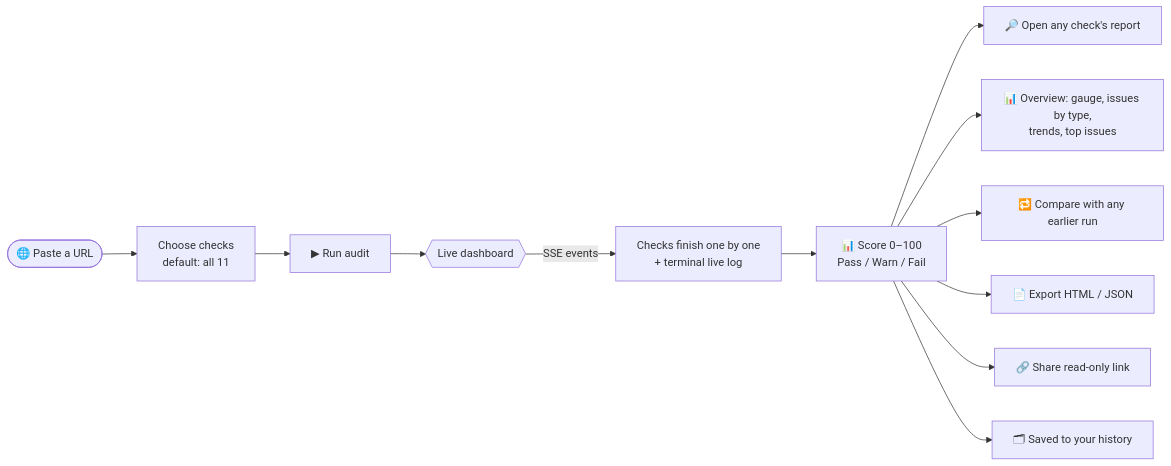
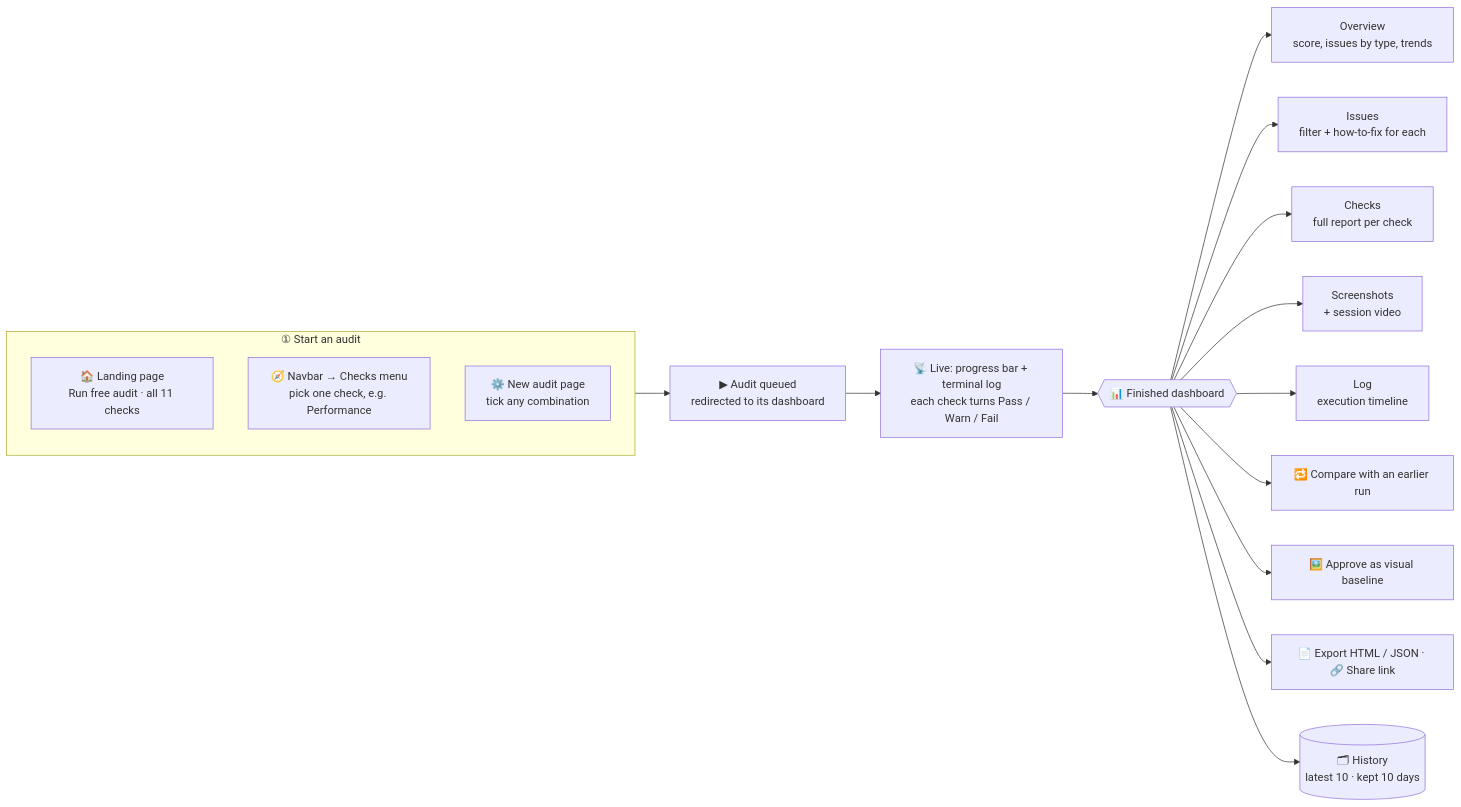
The first of 5 diagrams in README.md (Pubudugunawardhana/PulseQA-Automated-Web-Auditing), drawn with Mermaid before and after one commit. The commit also changed other lines of this file and 3 other files, not shown here.

````diff
--- a/README.md
+++ b/README.md
@@ -85,14 +89,24 @@
 ```mermaid
 flowchart LR
-    A([🌐 Paste a URL]) --> B[Choose checks<br/>default: all 11]
-    B --> C[▶ Run audit]
-    C --> D{{Live dashboard}}
-    D -->|SSE events| E[Checks finish one by one<br/>+ terminal live log]
-    E --> F[📊 Score 0–100<br/>Pass / Warn / Fail]
-    F --> G[🔎 Open any check's report]
-    F --> O[📊 Overview: gauge, issues by type,<br/>trends, top issues]
-    F --> H[🔁 Compare with any earlier run]
-    F --> I[📄 Export HTML / JSON]
-    F --> J[🔗 Share read-only link]
-    F --> K[🗂 Saved to your history]
+    subgraph Start["① Start an audit"]
+        direction TB
+        A1["🏠 Landing page<br/>Run free audit · all 11 checks"]
+        A2["🧭 Navbar → Checks menu<br/>pick one check, e.g. Performance"]
+        A3["⚙️ New audit page<br/>tick any combination"]
+    end
+
+    Start --> R["▶ Audit queued<br/>redirected to its dashboard"]
+    R --> L["📡 Live: progress bar + terminal log<br/>each check turns Pass / Warn / Fail"]
+    L --> D{{"📊 Finished dashboard"}}
+
+    D --> T1["Overview<br/>score, issues by type, trends"]
+    D --> T2["Issues<br/>filter + how-to-fix for each"]
+    D --> T3["Checks<br/>full report per check"]
+    D --> T4["Screenshots<br/>+ session video"]
+    D --> T5["Log<br/>execution timeline"]
+
+    D --> X1["🔁 Compare with an earlier run"]
+    D --> X2["🖼️ Approve as visual baseline"]
+    D --> X3["📄 Export HTML / JSON · 🔗 Share link"]
+    D --> H[("🗂 History<br/>latest 10 · kept 10 days")]
 ```
````
